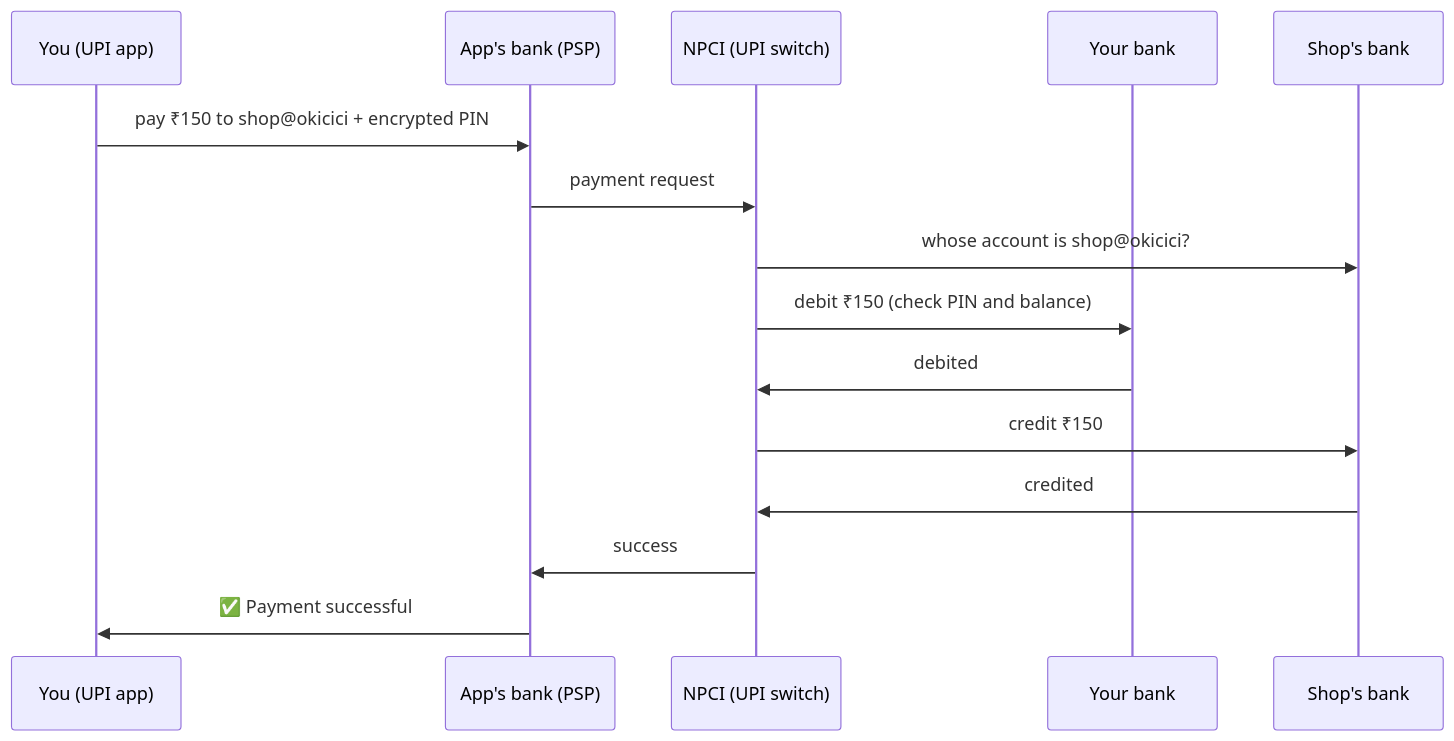
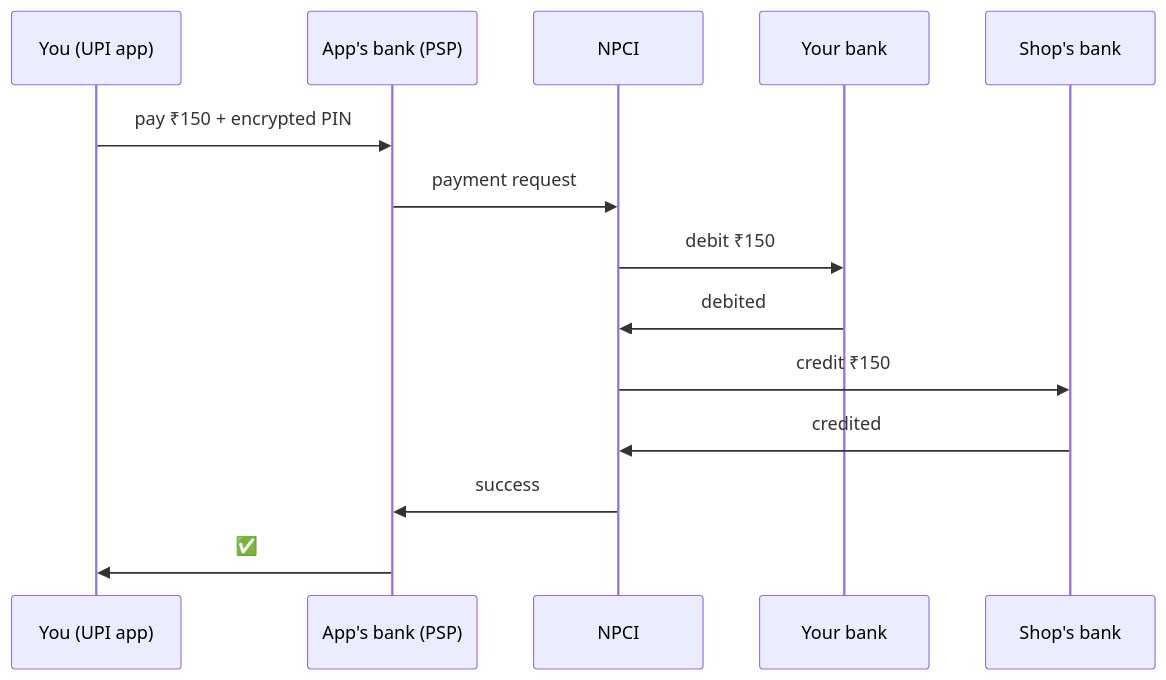
Before and after one commit to sathsure/Tech-Mastery-Hub: the third of 4 diagrams in interview/under-the-hood/18-How-Everyday-Tech-Works.md, drawn with Mermaid. The commit also changed other lines of this file and 69 other files, not shown here.

````diff
--- a/interview/under-the-hood/18-How-Everyday-Tech-Works.md
+++ b/interview/under-the-hood/18-How-Everyday-Tech-Works.md
@@ -165,17 +228,16 @@
 ```mermaid
 sequenceDiagram
   participant Y as You (UPI app)
   participant P as App's bank (PSP)
-  participant N as NPCI (UPI switch)
+  participant N as NPCI
   participant YB as Your bank
   participant SB as Shop's bank
-  Y->>P: pay ₹150 to shop@okicici + encrypted PIN
+  Y->>P: pay ₹150 + encrypted PIN
   P->>N: payment request
-  N->>SB: whose account is shop@okicici?
-  N->>YB: debit ₹150 (check PIN and balance)
+  N->>YB: debit ₹150
   YB->>N: debited
   N->>SB: credit ₹150
   SB->>N: credited
   N->>P: success
-  P->>Y: ✅ Payment successful
+  P->>Y: ✅
 ```
````
